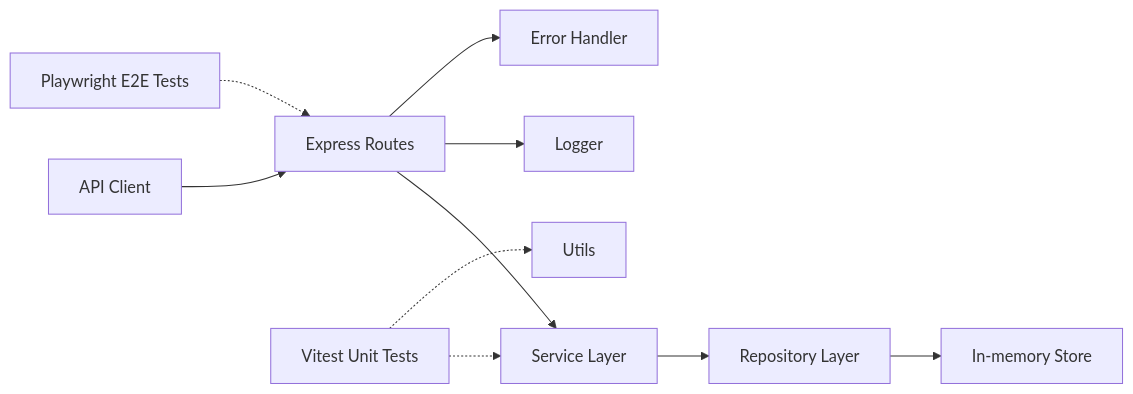
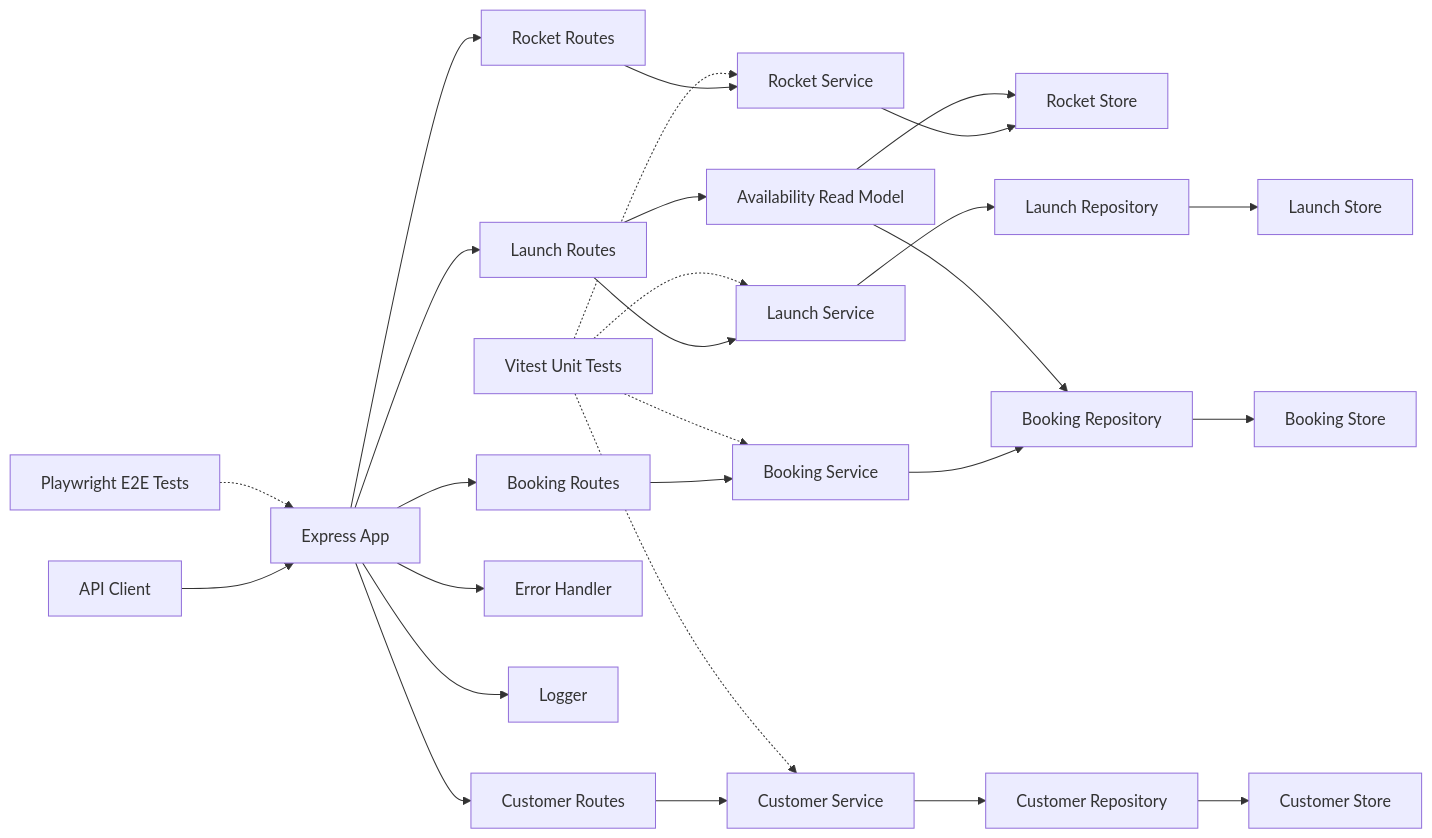
One commit to AlbertoBasaloAcademy/astro-bookings-demo changed the diagram in project/ADD.md. Above: the diagram before and after it, drawn with Mermaid. The commit also changed other lines of this file and 9 other files, not shown here.

````diff
--- a/project/ADD.md
+++ b/project/ADD.md
@@ -37,12 +37,29 @@
 ```mermaid
 flowchart LR
-  Client[API Client] --> API[Express Routes]
-  API --> Service[Service Layer]
-  Service --> Repo[Repository Layer]
-  Repo --> Store[In-memory Store]
-  API --> Logger[Logger]
-  API --> Error[Error Handler]
-  E2E[Playwright E2E Tests] -.-> API
-  Unit[Vitest Unit Tests] -.-> Service
-  Unit -.-> Utils[Utils]
+  Client[API Client] --> App[Express App]
+  App --> RocketRoutes[Rocket Routes]
+  App --> LaunchRoutes[Launch Routes]
+  App --> CustomerRoutes[Customer Routes]
+  App --> BookingRoutes[Booking Routes]
+  RocketRoutes --> RocketService[Rocket Service]
+  LaunchRoutes --> LaunchService[Launch Service]
+  LaunchRoutes --> Availability[Availability Read Model]
+  CustomerRoutes --> CustomerService[Customer Service]
+  BookingRoutes --> BookingService[Booking Service]
+  RocketService --> RocketStore[Rocket Store]
+  LaunchService --> LaunchRepo[Launch Repository]
+  CustomerService --> CustomerRepo[Customer Repository]
+  BookingService --> BookingRepo[Booking Repository]
+  LaunchRepo --> LaunchStore[Launch Store]
+  CustomerRepo --> CustomerStore[Customer Store]
+  BookingRepo --> BookingStore[Booking Store]
+  Availability --> RocketStore
+  Availability --> BookingRepo
+  App --> ErrorHandler[Error Handler]
+  App --> Logger[Logger]
+  E2E[Playwright E2E Tests] -.-> App
+  Unit[Vitest Unit Tests] -.-> RocketService
+  Unit -.-> LaunchService
+  Unit -.-> CustomerService
+  Unit -.-> BookingService
 ```
````
